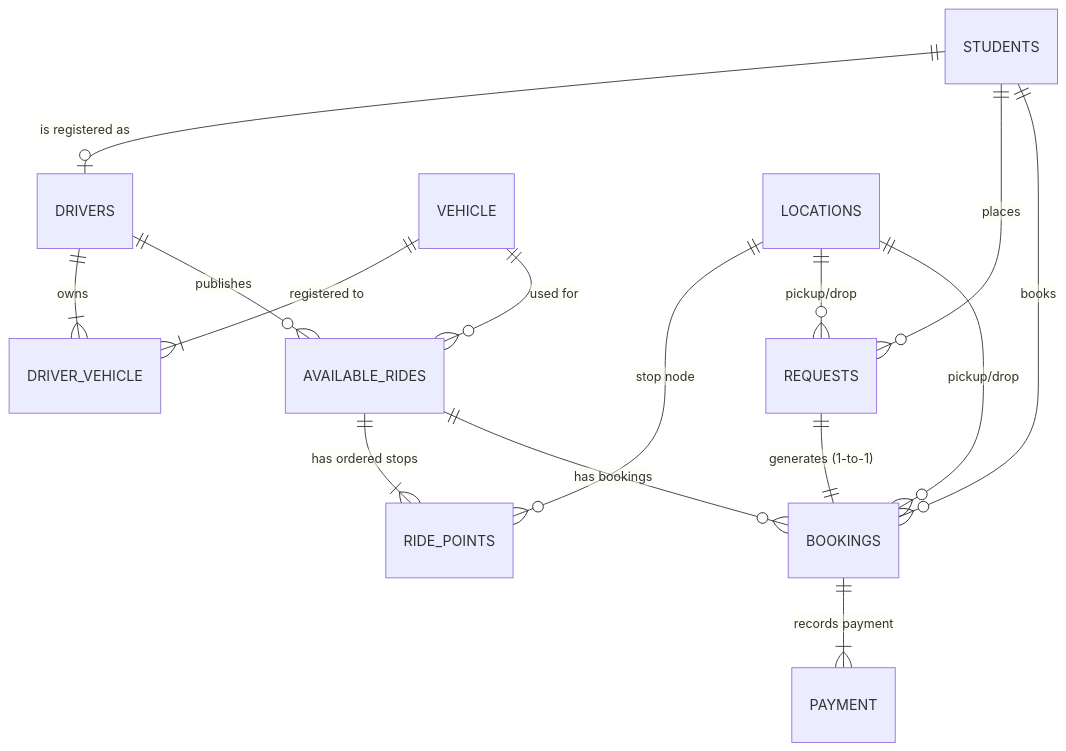
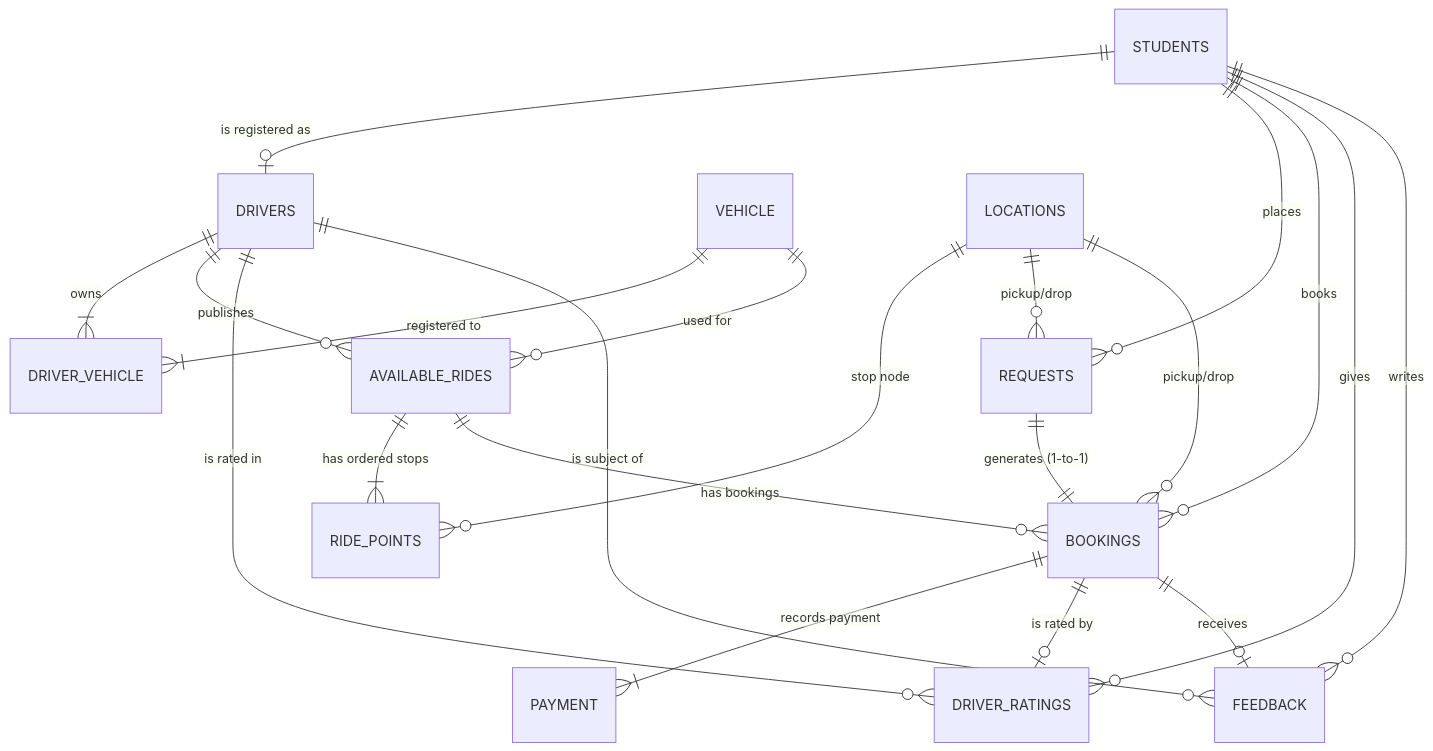
Before and after one commit to aryanbhasin921/Campus-Connect: the diagram in README.md, drawn with Mermaid. The commit also changed other lines of this file and 17 other files, not shown here.

````diff
--- a/README.md
+++ b/README.md
@@ -78,17 +78,23 @@
 ```mermaid
 erDiagram
     STUDENTS ||--o| DRIVERS : "is registered as"
     STUDENTS ||--o{ REQUESTS : "places"
     STUDENTS ||--o{ BOOKINGS : "books"
     DRIVERS ||--|{ DRIVER_VEHICLE : "owns"
     VEHICLE ||--|{ DRIVER_VEHICLE : "registered to"
     DRIVERS ||--o{ AVAILABLE_RIDES : "publishes"
     VEHICLE ||--o{ AVAILABLE_RIDES : "used for"
     AVAILABLE_RIDES ||--|{ RIDE_POINTS : "has ordered stops"
     LOCATIONS ||--o{ RIDE_POINTS : "stop node"
     LOCATIONS ||--o{ REQUESTS : "pickup/drop"
     LOCATIONS ||--o{ BOOKINGS : "pickup/drop"
     REQUESTS ||--|| BOOKINGS : "generates (1-to-1)"
     AVAILABLE_RIDES ||--o{ BOOKINGS : "has bookings"
     BOOKINGS ||--|{ PAYMENT : "records payment"
+    BOOKINGS ||--o| DRIVER_RATINGS : "is rated by"
+    BOOKINGS ||--o| FEEDBACK : "receives"
+    DRIVERS ||--o{ DRIVER_RATINGS : "is rated in"
+    DRIVERS ||--o{ FEEDBACK : "is subject of"
+    STUDENTS ||--o{ DRIVER_RATINGS : "gives"
+    STUDENTS ||--o{ FEEDBACK : "writes"
 ```
````
